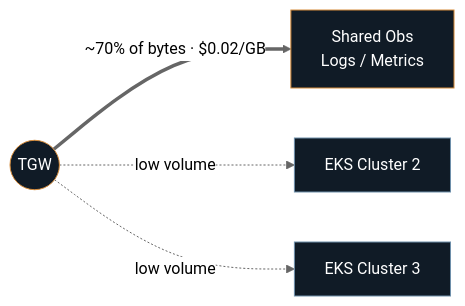
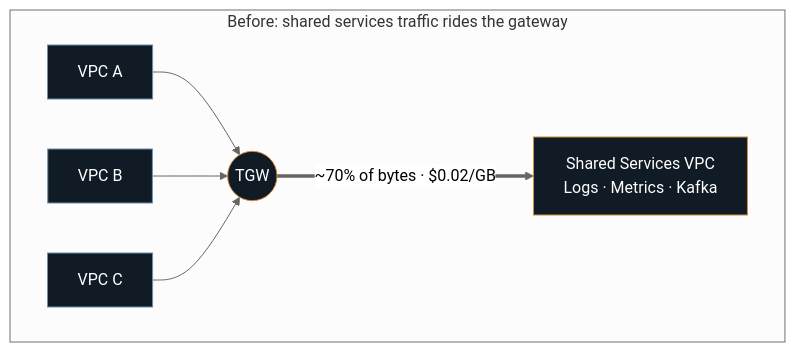
Before and after one commit to usamaahmadkhan/usamaahmadkhan.github.io: the third of 5 diagrams in content/posts/aws-network-evolution.md, drawn with Mermaid (neutral theme). The commit also changed other lines of this file, not shown here.

````diff
--- a/content/posts/aws-network-evolution.md
+++ b/content/posts/aws-network-evolution.md
@@ -75,11 +76,16 @@
 ```mermaid
 flowchart LR
-    TGW(("TGW")) ==>|"~70% of bytes · $0.02/GB"| SO["Shared Obs<br/>Logs / Metrics"]
-    TGW -.->|low volume| C2[EKS Cluster 2]
-    TGW -.->|low volume| C3[EKS Cluster 3]
+    subgraph Before["Before: shared services traffic rides the gateway"]
+        direction LR
+        VA["VPC A"] --> TGW1
+        VB["VPC B"] --> TGW1
+        VC["VPC C"] --> TGW1
+        TGW1(("TGW")) ==>|"~70% of bytes · $0.02/GB"| L1["Shared Services VPC<br/>Logs · Metrics · Kafka"]
+    end
 
-    style TGW fill:#101B26,stroke:#D68C3B,color:#fff
-    style SO fill:#101B26,stroke:#D68C3B,color:#fff
-    style C2 fill:#101B26,stroke:#6E8FAA,color:#fff
-    style C3 fill:#101B26,stroke:#6E8FAA,color:#fff
+    style TGW1 fill:#101B26,stroke:#D68C3B,color:#fff
+    style L1 fill:#101B26,stroke:#D68C3B,color:#fff
+    style VA fill:#101B26,stroke:#6E8FAA,color:#fff
+    style VB fill:#101B26,stroke:#6E8FAA,color:#fff
+    style VC fill:#101B26,stroke:#6E8FAA,color:#fff
 ```
````
